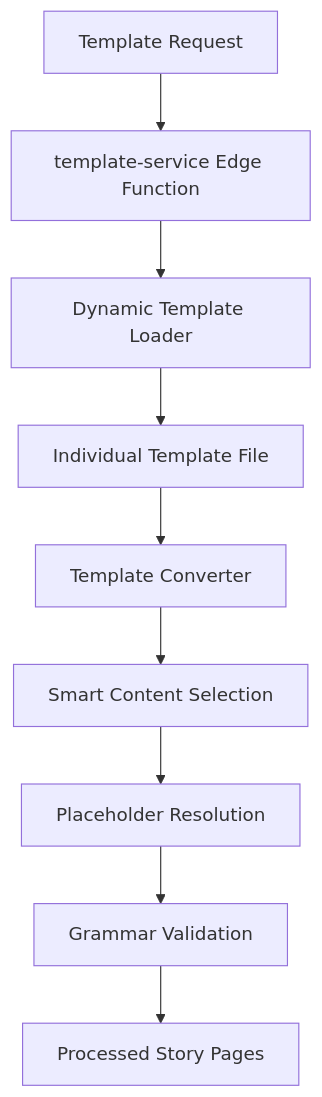
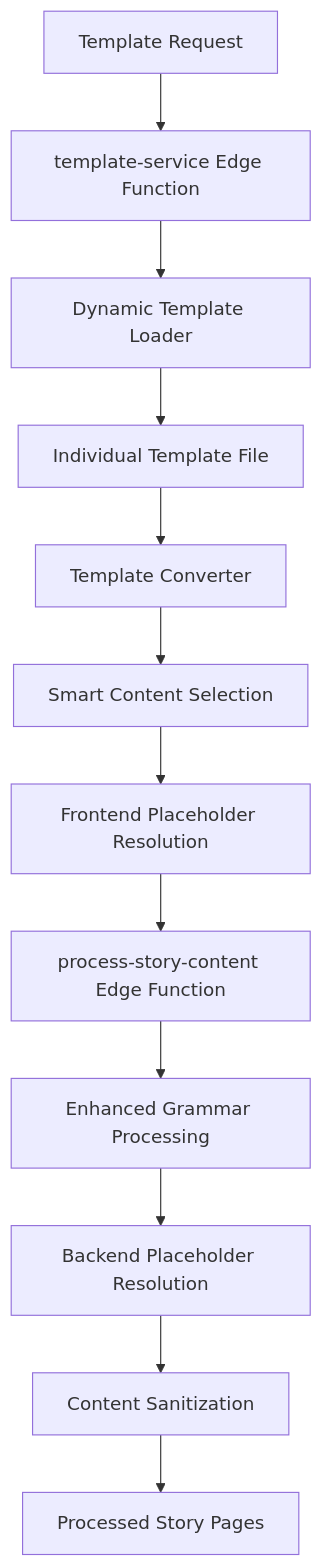
Before and after one commit to seq23/dailystory: the second of 2 diagrams in docs/CURRENT_IMPLEMENTATION_GUIDE.md, drawn with Mermaid. The commit also changed other lines of this file and 2 other files, not shown here.

Commit message:
Update documentation for story generation

````diff
--- a/docs/CURRENT_IMPLEMENTATION_GUIDE.md
+++ b/docs/CURRENT_IMPLEMENTATION_GUIDE.md
@@ -125,11 +127,14 @@
 ```mermaid
 graph TD
     A[Template Request] --> B[template-service Edge Function]
     B --> C[Dynamic Template Loader]
     C --> D[Individual Template File]
     D --> E[Template Converter]
     E --> F[Smart Content Selection]
-    F --> G[Placeholder Resolution]
-    G --> H[Grammar Validation]
-    H --> I[Processed Story Pages]
+    F --> G[Frontend Placeholder Resolution]
+    G --> H[process-story-content Edge Function]
+    H --> I[Enhanced Grammar Processing]
+    I --> J[Backend Placeholder Resolution]
+    J --> K[Content Sanitization]
+    K --> L[Processed Story Pages]
 ```
````
